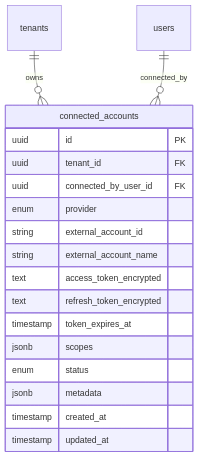
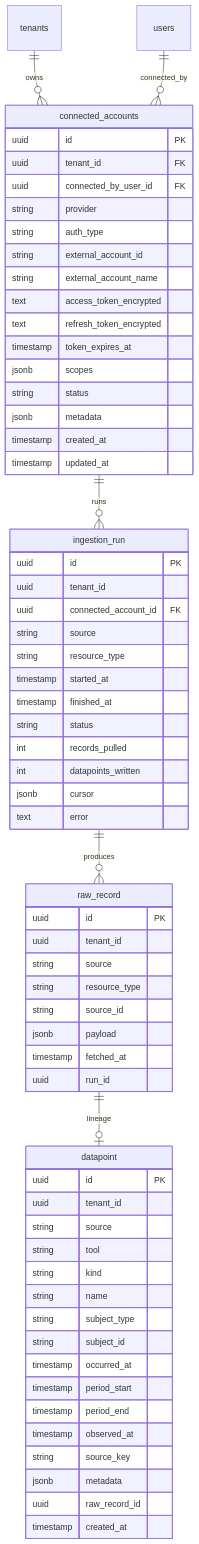
The second of 2 diagrams in docs/backend/data-model.md (PropelReviews/Propel), drawn with Mermaid before and after one commit. The commit also changed other lines of this file and 56 other files, not shown here.

````diff
--- a/docs/backend/data-model.md
+++ b/docs/backend/data-model.md
@@ -117,22 +124,71 @@
 ```mermaid
 erDiagram
     tenants ||--o{ connected_accounts : owns
     users ||--o{ connected_accounts : connected_by
+    connected_accounts ||--o{ ingestion_run : runs
+    ingestion_run ||--o{ raw_record : produces
+    raw_record ||--o| datapoint : lineage
 
     connected_accounts {
         uuid id PK
         uuid tenant_id FK
         uuid connected_by_user_id FK
-        enum provider
+        string provider
+        string auth_type
         string external_account_id
         string external_account_name
         text access_token_encrypted
         text refresh_token_encrypted
         timestamp token_expires_at
         jsonb scopes
-        enum status
+        string status
         jsonb metadata
         timestamp created_at
         timestamp updated_at
     }
+
+    raw_record {
+        uuid id PK
+        uuid tenant_id
+        string source
+        string resource_type
+        string source_id
+        jsonb payload
+        timestamp fetched_at
+        uuid run_id
+    }
+
+    datapoint {
+        uuid id PK
+        uuid tenant_id
+        string source
+        string tool
+        string kind
+        string name
+        string subject_type
+        string subject_id
+        timestamp occurred_at
+        timestamp period_start
+        timestamp period_end
+        timestamp observed_at
+        string source_key
+        jsonb metadata
+        uuid raw_record_id
+        timestamp created_at
+    }
+
+    ingestion_run {
+        uuid id PK
+        uuid tenant_id
+        uuid connected_account_id FK
+        string source
+        string resource_type
+        timestamp started_at
+        timestamp finished_at
+        string status
+        int records_pulled
+        int datapoints_written
+        jsonb cursor
+        text error
+    }
 ```
````
